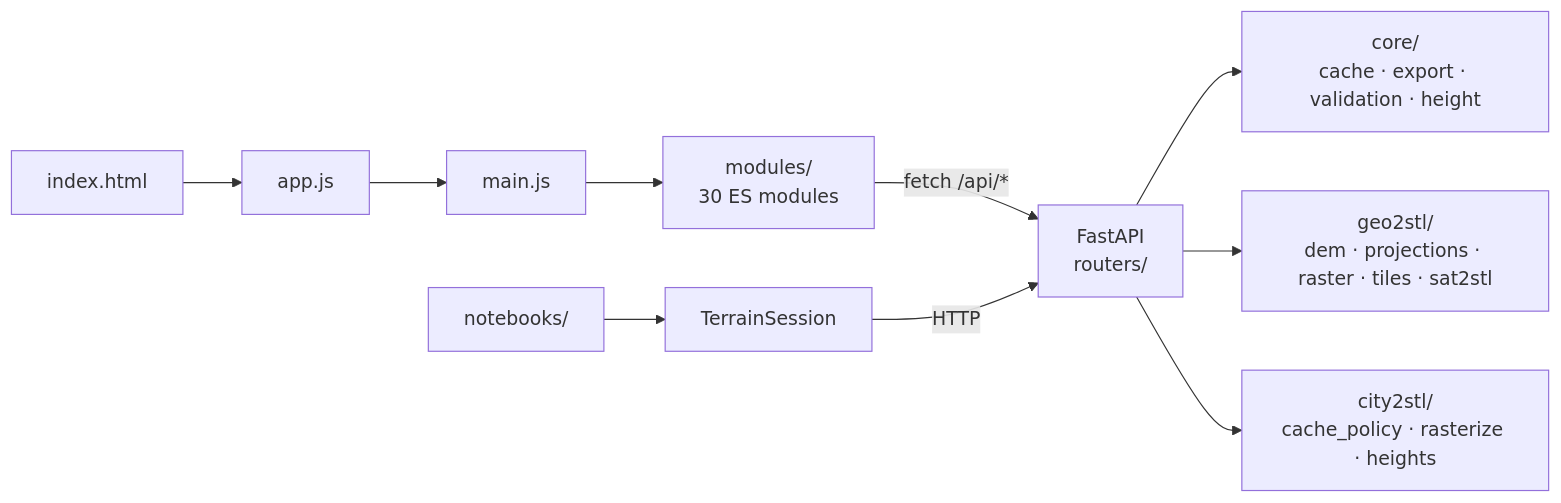
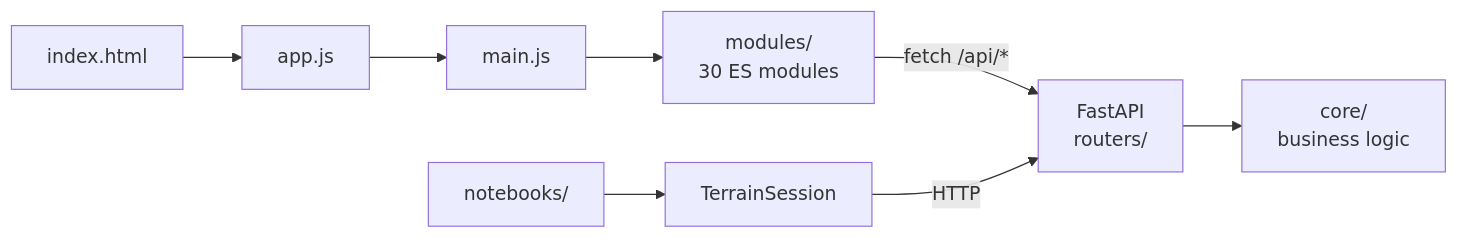
Before and after one commit to EdgarCardenasDeLaHoz/map2stl: the first of 15 diagrams in docs/arch.md, drawn with Mermaid. The commit also changed other lines of this file and 63 other files, not shown here.

````diff
--- a/docs/arch.md
+++ b/docs/arch.md
@@ -26,12 +9,10 @@
 ```mermaid
 flowchart LR
     HTML["index.html"] --> APP["app.js"]
     APP --> MAIN["main.js"]
     MAIN --> MODS["modules/<br/>30 ES modules"]
     MODS -->|"fetch /api/*"| ROUTERS["FastAPI<br/>routers/"]
-    ROUTERS --> CORE["core/<br/>cache · export · validation · height"]
-    ROUTERS --> GEO["geo2stl/<br/>dem · projections · raster · tiles · sat2stl"]
-    ROUTERS --> CITY["city2stl/<br/>cache_policy · rasterize · heights"]
+    ROUTERS --> CORE["core/<br/>business logic"]
     SESSION["TerrainSession"] -->|HTTP| ROUTERS
     NB["notebooks/"] --> SESSION
 ```
````
